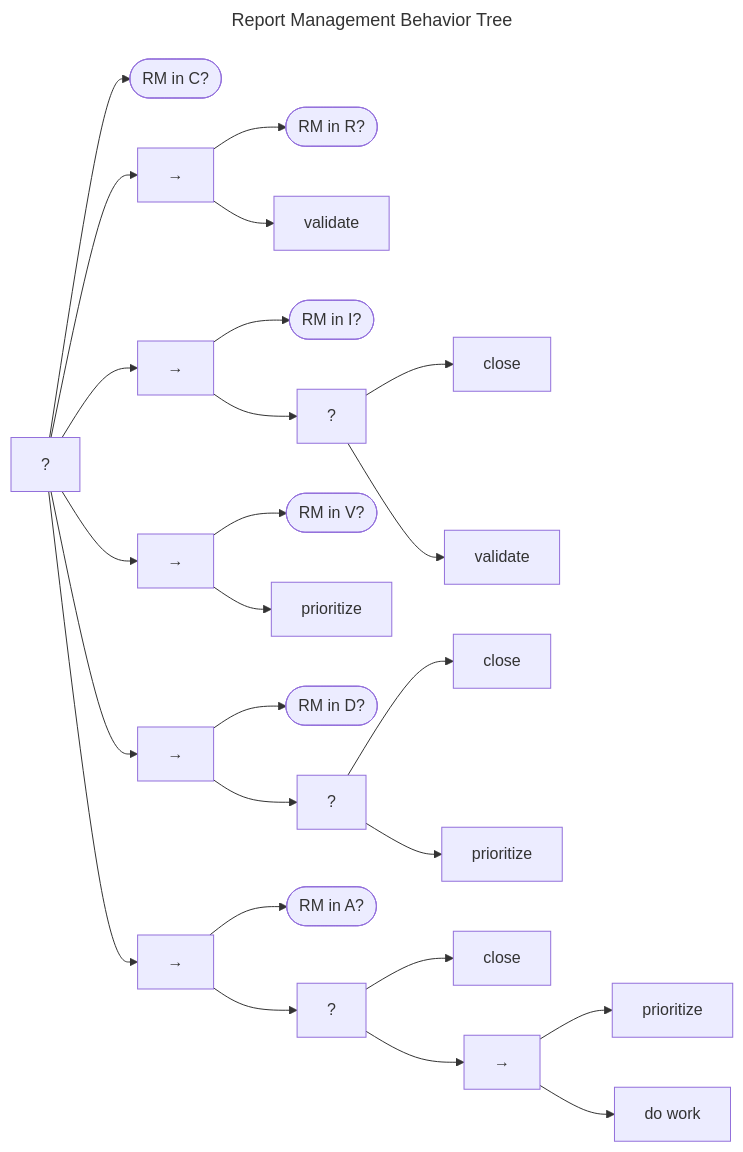
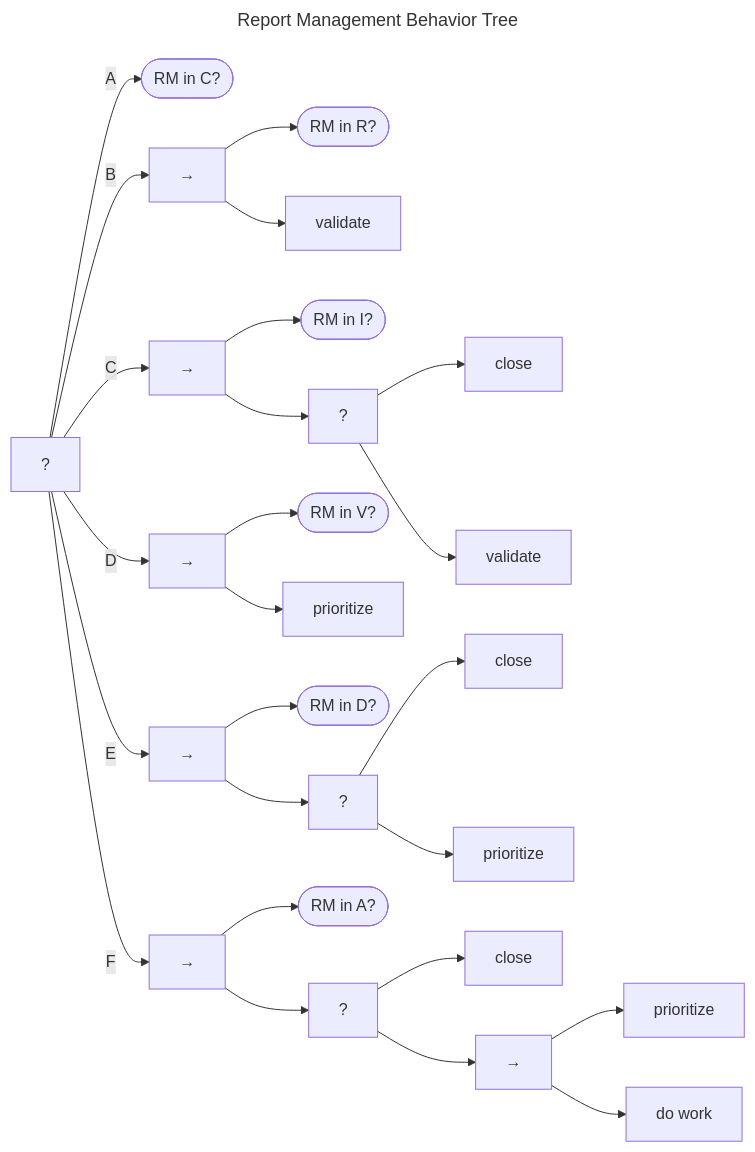
Before and after one commit to CERTCC/Vultron: the diagram in docs/topics/behavior_logic/rm_bt.md, drawn with Mermaid. The commit also changed other lines of this file and 21 other files, not shown here.

````diff
--- a/docs/topics/behavior_logic/rm_bt.md
+++ b/docs/topics/behavior_logic/rm_bt.md
@@ -9,54 +9,54 @@
 ```mermaid
 ---
 title: Report Management Behavior Tree
 ---
 flowchart LR
     fb["?"]
     check_closed(["RM in C?"])
-    fb --> check_closed
+    fb -->|A| check_closed
     r_seq["&rarr;"]
-    fb --> r_seq
+    fb -->|B| r_seq
     check_received(["RM in R?"])
     r_seq --> check_received
     r_seq --> validate
     i_seq["&rarr;"]
-    fb --> i_seq
+    fb -->|C| i_seq
     check_invalid(["RM in I?"])
     i_seq --> check_invalid
     i_fb["?"]
     i_seq --> i_fb
     i_close["close"]
     i_fb --> i_close
     i_validate["validate"]
     i_fb --> i_validate
     v_seq["&rarr;"]
-    fb --> v_seq
+    fb -->|D| v_seq
     check_valid(["RM in V?"])
     v_seq --> check_valid
     v_prioritize[prioritize]
     v_seq --> v_prioritize
     d_seq["&rarr;"]
-    fb --> d_seq
+    fb -->|E| d_seq
     check_deferred(["RM in D?"])
     d_seq --> check_deferred
     d_fb["?"]
     d_seq --> d_fb
     d_close["close"]
     d_fb --> d_close
     d_prioritize["prioritize"]
     d_fb --> d_prioritize
     a_seq["&rarr;"]
-    fb --> a_seq
+    fb -->|F| a_seq
     check_accepted(["RM in A?"])
     a_seq --> check_accepted
     a_fb["?"]
     a_seq --> a_fb
     a_close["close"]
     a_fb --> a_close
     a_fb_seq["&rarr;"]
     a_fb --> a_fb_seq
     a_prioritize["prioritize"]
     a_fb_seq --> a_prioritize
     a__do_work["do work"]
     a_fb_seq --> a__do_work
 ```
````
